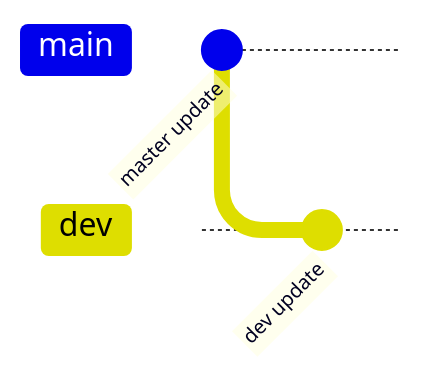
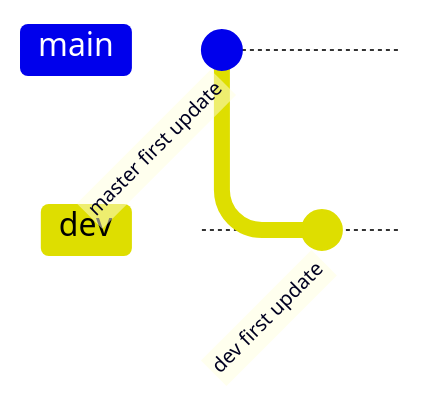
One commit to dmjcb/dmjcb.github.io changed the seventh of 14 diagrams in _posts/software/git/2024-09-24-命令.md. Above: the diagram before and after it, drawn with Mermaid. The commit also changed other lines of this file and 138 other files, not shown here.

Commit message:
修改git博客图片

````diff
--- a/_posts/software/git/2024-09-24-命令.md
+++ b/_posts/software/git/2024-09-24-命令.md
@@ -466,7 +534,7 @@
 ```mermaid
 gitGraph
-    commit id: "master update"
+    commit id: "master first update"
     branch dev
     switch dev
-    commit id: "dev update"
+    commit id: "dev first update"
 ```
````
